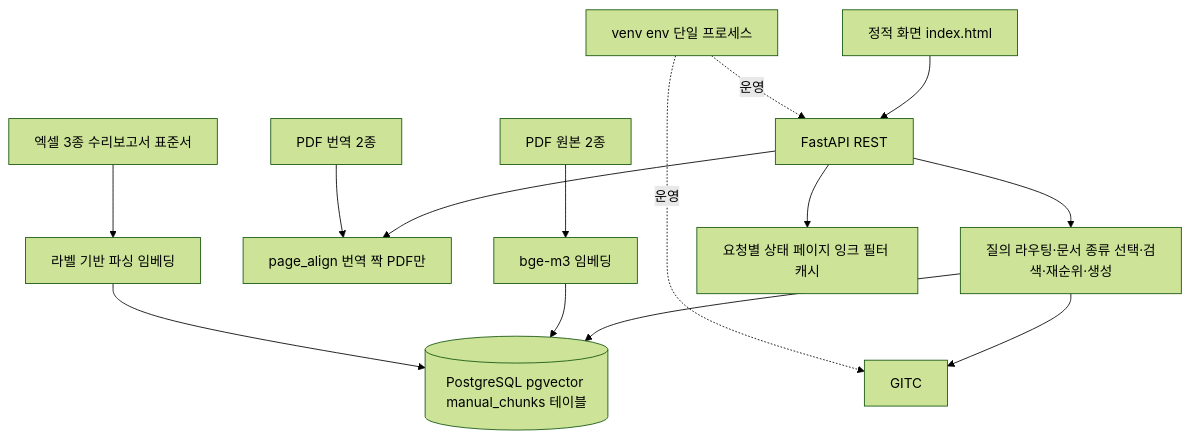
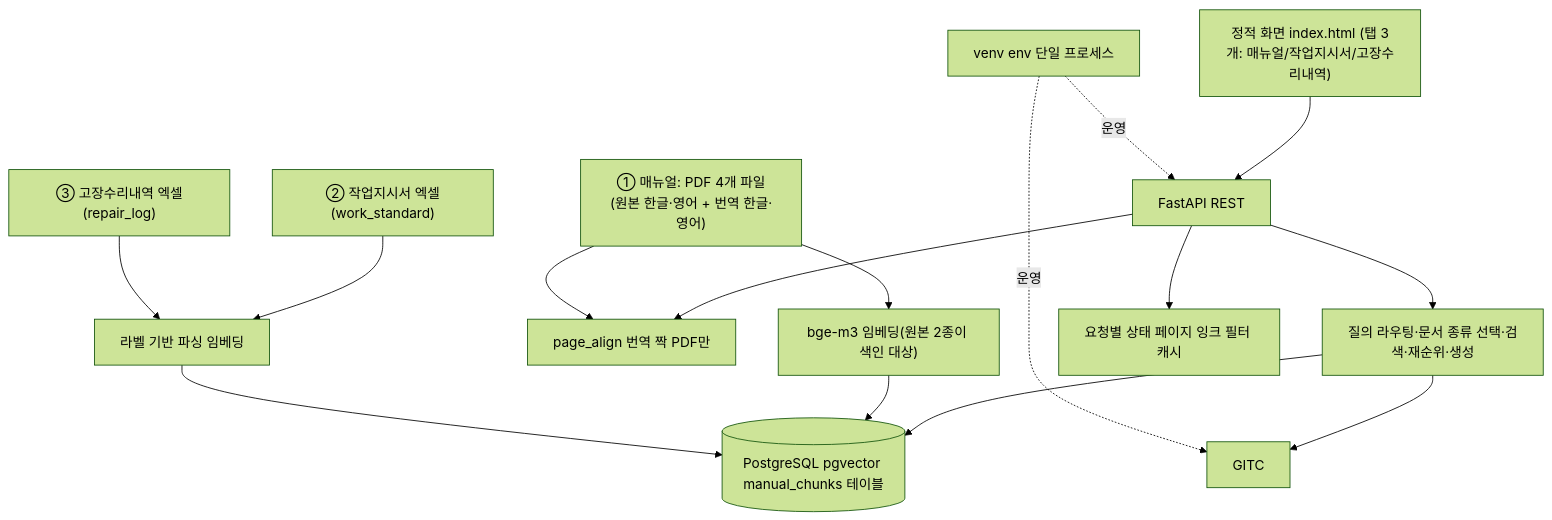
One commit to cho1203/chatbot-work changed the first of 6 diagrams in docs/DEVELOPER_GUIDE_9.md. Above: the diagram before and after it, drawn with Mermaid (forest theme). The commit also changed other lines of this file and 5 other files, not shown here.

````diff
--- a/docs/DEVELOPER_GUIDE_9.md
+++ b/docs/DEVELOPER_GUIDE_9.md
@@ -52,19 +54,21 @@
 ```mermaid
 flowchart TB
-  U["정적 화면 index.html"] --> A["FastAPI REST"]
+  U["정적 화면 index.html (탭 3개: 매뉴얼/작업지시서/고장수리내역)"] --> A["FastAPI REST"]
   A --> R["질의 라우팅·문서 종류 선택·검색·재순위·생성"]
   R --> V[("PostgreSQL pgvector manual_chunks 테이블")]
   R --> G["GITC"]
   A --> P["page_align 번역 짝 PDF만"]
 
-  PDF["PDF 원본 2종"] --> PDFE["bge-m3 임베딩"]
-  PDF2["PDF 번역 2종"] --> P
-  EXCEL["엑셀 3종 수리보고서 표준서"] --> EXCE["라벨 기반 파싱 임베딩"]
+  PDF["① 매뉴얼: PDF 4개 파일<br/>(원본 한글·영어 + 번역 한글·영어)"] --> PDFE["bge-m3 임베딩(원본 2종이 색인 대상)"]
+  PDF --> P
+
+  XLSX1["② 작업지시서 엑셀(work_standard)"] --> EXCE["라벨 기반 파싱 임베딩"]
+  XLSX2["③ 고장수리내역 엑셀(repair_log)"] --> EXCE
 
   PDFE --> V
   EXCE --> V
 
   A --> M["요청별 상태 페이지 잉크 필터 캐시"]
   S["venv env 단일 프로세스"] -. 운영 .-> A
   S -. 운영 .-> G
 ```
````
